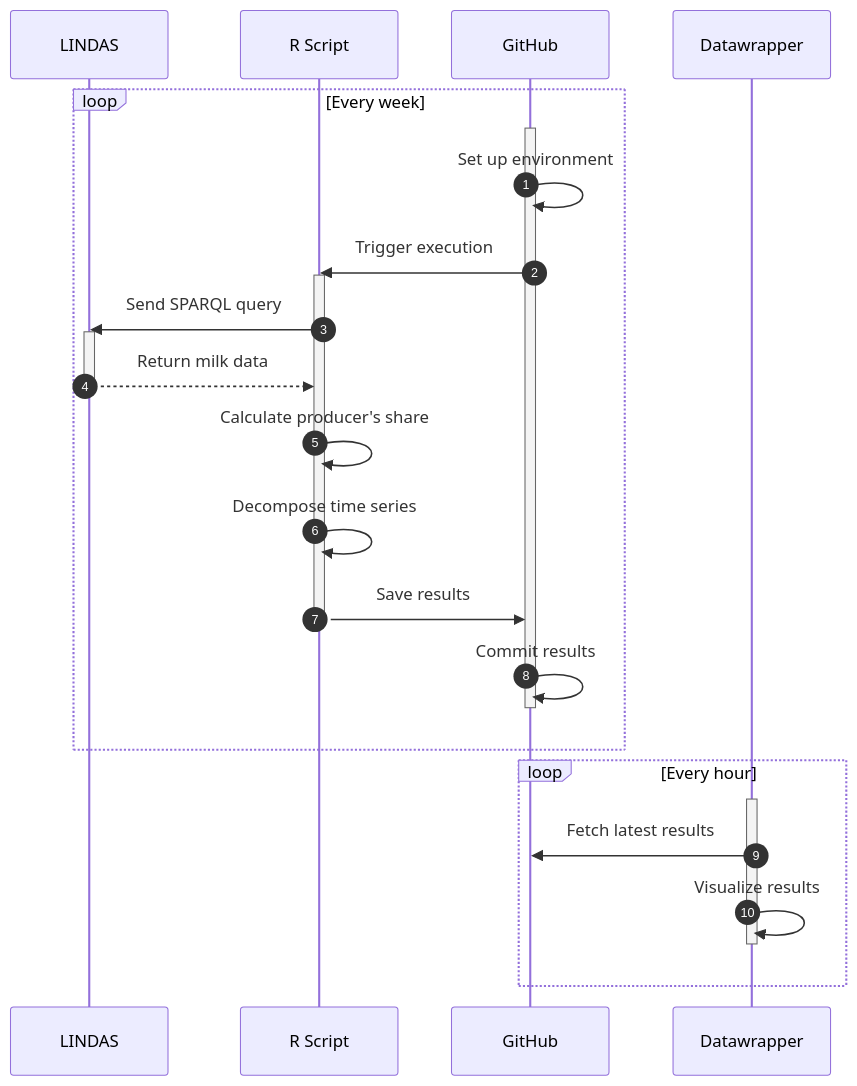
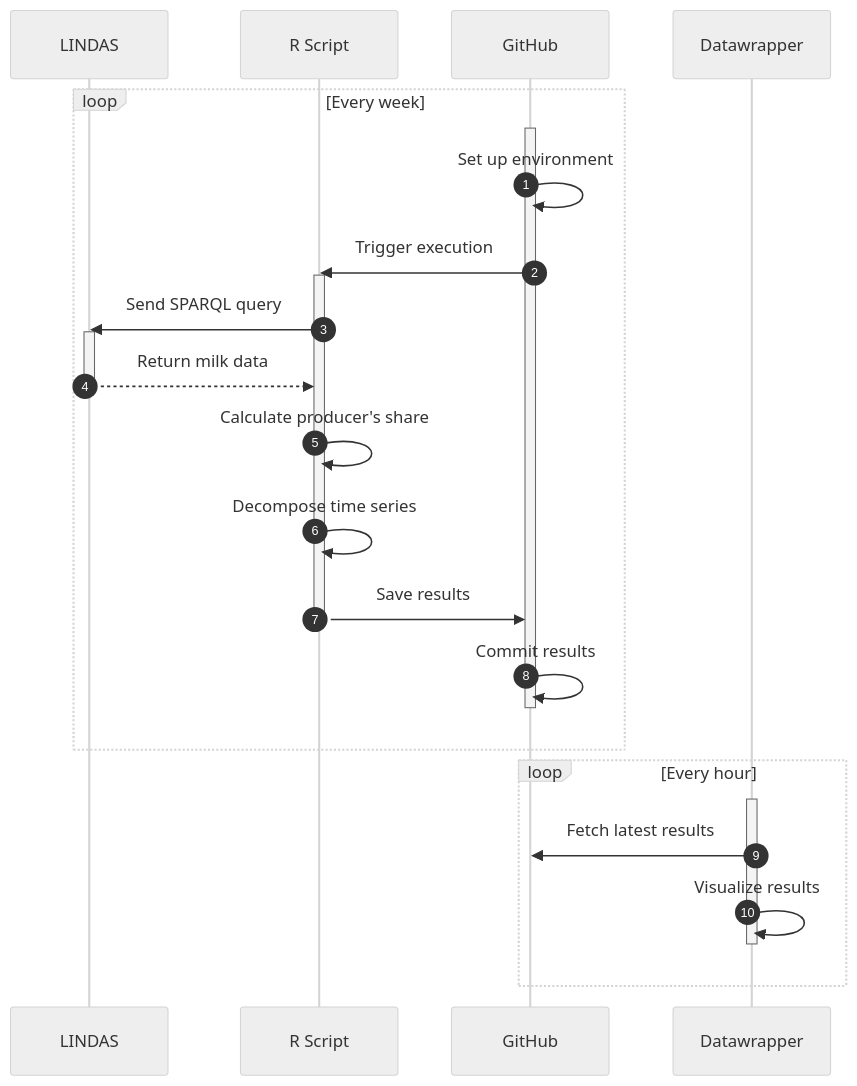
The diagram in README.md (blw-ofag-ufag/poc-producers-share), drawn with Mermaid before and after one commit.

````diff
--- a/README.md
+++ b/README.md
@@ -25,30 +25,31 @@
 ```mermaid
+%%{init: {'theme':'neutral'}}%%
 sequenceDiagram
     autonumber
     participant LINDAS
     participant R Script
     participant GitHub
     participant Datawrapper
     loop Every week
         activate GitHub
         GitHub->>GitHub: Set up environment
         GitHub->>R Script: Trigger execution
         activate R Script
         R Script->>LINDAS: Send SPARQL query
         activate LINDAS
         LINDAS-->>R Script: Return milk data
         deactivate LINDAS
         R Script->>R Script: Calculate producer's share
         R Script->>R Script: Decompose time series
         R Script->>GitHub: Save results
         deactivate R Script
         GitHub->>GitHub: Commit results
         deactivate GitHub
     end
     loop Every hour
         activate Datawrapper
         Datawrapper->>GitHub: Fetch latest results
         Datawrapper->>Datawrapper: Visualize results
         deactivate Datawrapper
     end
 ```
````
